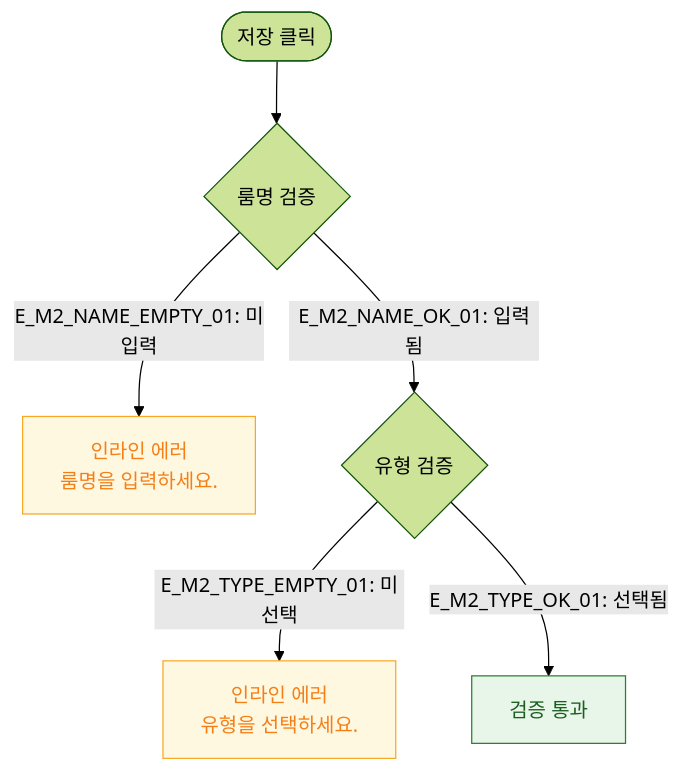
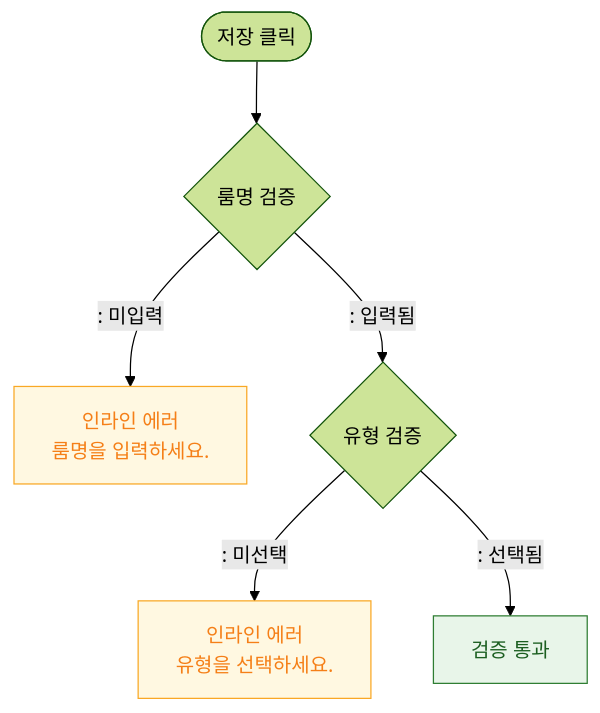
The diagram in docs/다이어그램/D06_시설관리/DLG/DLG-053-001_룸등록수정/M2_필드검증.md (dev-spogym/admin-pando), drawn with Mermaid (forest theme) before and after one commit. The commit also changed other lines of this file and 1660 other files, not shown here.

First line of the commit message:
다이어그램: 기획자/클라이언트 납품본으로 정리

````diff
--- a/docs/다이어그램/D06_시설관리/DLG/DLG-053-001_룸등록수정/M2_필드검증.md
+++ b/docs/다이어그램/D06_시설관리/DLG/DLG-053-001_룸등록수정/M2_필드검증.md
@@ -16,13 +14,13 @@
 ```mermaid
 flowchart TD
     SUBMIT([저장 클릭]) --> V1{룸명 검증}
-    V1 -->|"E_M2_NAME_EMPTY_01: 미입력"| ErrName[인라인 에러\n룸명을 입력하세요.]
-    V1 -->|"E_M2_NAME_OK_01: 입력됨"| V2{유형 검증}
-    V2 -->|"E_M2_TYPE_EMPTY_01: 미선택"| ErrType[인라인 에러\n유형을 선택하세요.]
-    V2 -->|"E_M2_TYPE_OK_01: 선택됨"| PASS[검증 통과]
+    V1 -->|": 미입력"|ErrName[인라인 에러\n룸명을 입력하세요.]
+    V1 -->|": 입력됨"|V2{유형 검증}
+    V2 -->|": 미선택"|ErrType[인라인 에러\n유형을 선택하세요.]
+    V2 -->|": 선택됨"|PASS[검증 통과]
 
     classDef warning fill:#FFF8E1,stroke:#F9A825,color:#F57F17
     classDef success fill:#E8F5E9,stroke:#2E7D32,color:#1B5E20
     class ErrName,ErrType warning
     class PASS success
 ```
````
